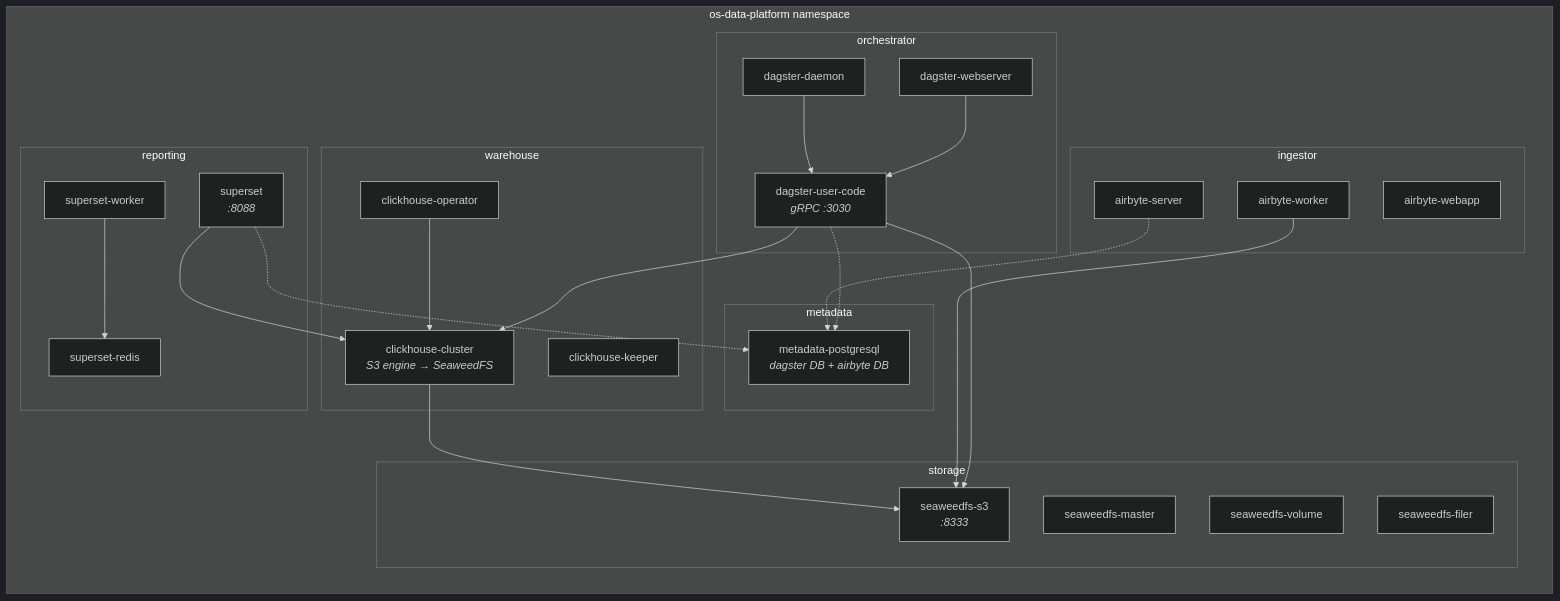
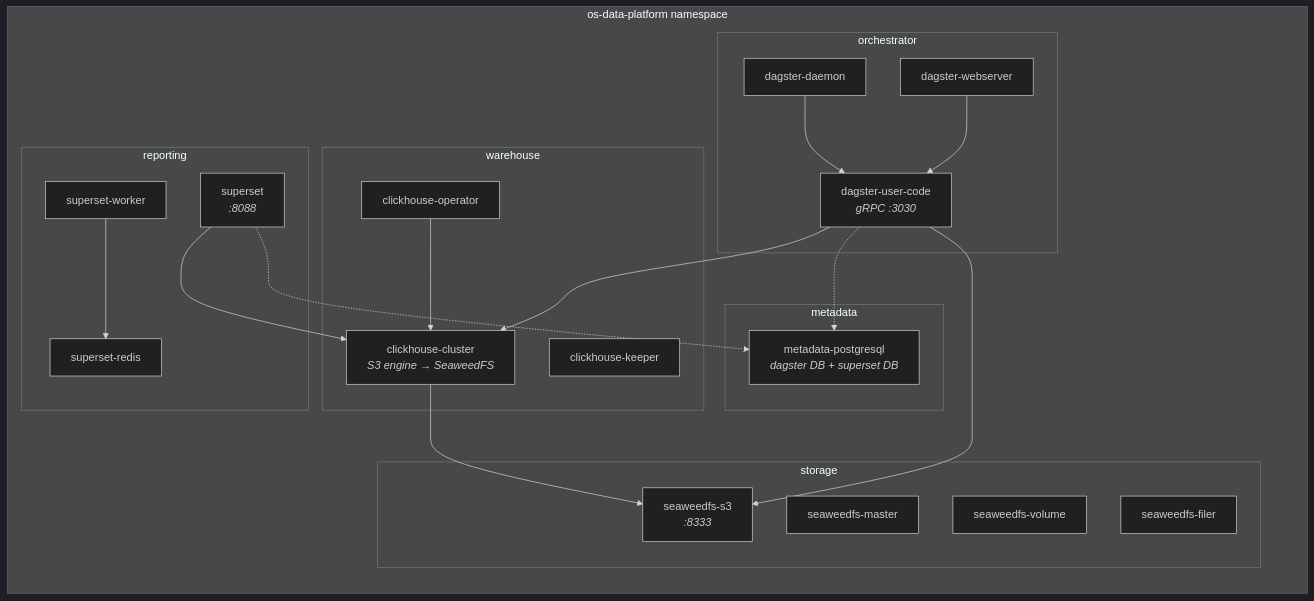
Before and after one commit to dfunto/os-data-platform: the diagram in helm/README.md, drawn with Mermaid (dark theme). The commit also changed other lines of this file and 29 other files, not shown here.

````diff
--- a/helm/README.md
+++ b/helm/README.md
@@ -19,53 +18,45 @@
 ```mermaid
 graph LR
     subgraph ns["os-data-platform namespace"]
         direction TB
         subgraph meta["metadata"]
-            PG["metadata-postgresql<br/><i>dagster DB + airbyte DB</i>"]
+            PG["metadata-postgresql<br/><i>dagster DB + superset DB</i>"]
         end
 
         subgraph stor["storage"]
             SW_master["seaweedfs-master"]
             SW_vol["seaweedfs-volume"]
             SW_filer["seaweedfs-filer"]
             SW_s3["seaweedfs-s3<br/><i>:8333</i>"]
         end
 
         subgraph orch["orchestrator"]
             D_web["dagster-webserver"]
             D_daemon["dagster-daemon"]
             D_code["dagster-user-code<br/><i>gRPC :3030</i>"]
-        end
-
-        subgraph ing["ingestor"]
-            A_srv["airbyte-server"]
-            A_wrk["airbyte-worker"]
-            A_web["airbyte-webapp"]
         end
 
         subgraph wh["warehouse"]
             CH_op["clickhouse-operator"]
             CH["clickhouse-cluster<br/><i>S3 engine → SeaweedFS</i>"]
             CH_keep["clickhouse-keeper"]
         end
 
         subgraph rpt["reporting"]
             SS["superset<br/><i>:8088</i>"]
             SS_redis["superset-redis"]
             SS_worker["superset-worker"]
         end
     end
 
     D_code --> SW_s3
     D_code --> CH
-    A_wrk --> SW_s3
     D_web --> D_code
     D_daemon --> D_code
     D_code -.-> PG
-    A_srv -.-> PG
     CH_op --> CH
     CH --> SW_s3
     SS --> CH
     SS -.-> PG
     SS_worker --> SS_redis
 ```
````
